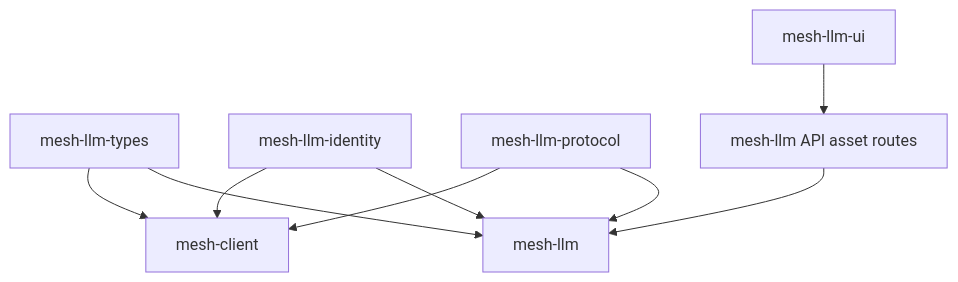
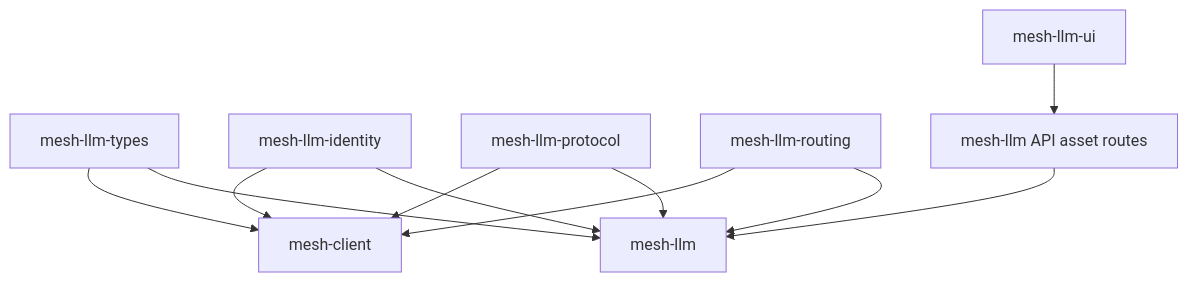
Before and after one commit to michaelneale/mesh-llm: the first of 2 diagrams in docs/design/CRATE_DECOMPOSITION.md, drawn with Mermaid. The commit also changed other lines of this file and 19 other files, not shown here.

Commit message:
Extract shared mesh LLM routing crate

````diff
--- a/docs/design/CRATE_DECOMPOSITION.md
+++ b/docs/design/CRATE_DECOMPOSITION.md
@@ -26,19 +28,22 @@
 ```mermaid
 flowchart TD
     types["mesh-llm-types"]
     client["mesh-client"]
     identity["mesh-llm-identity"]
     host["mesh-llm"]
     protocol["mesh-llm-protocol"]
+    routing["mesh-llm-routing"]
     ui["mesh-llm-ui"]
     api_assets["mesh-llm API asset routes"]
 
     types --> client
     types --> host
     identity --> client
     identity --> host
     protocol --> client
     protocol --> host
+    routing --> client
+    routing --> host
     ui --> api_assets
     api_assets --> host
 ```
````
